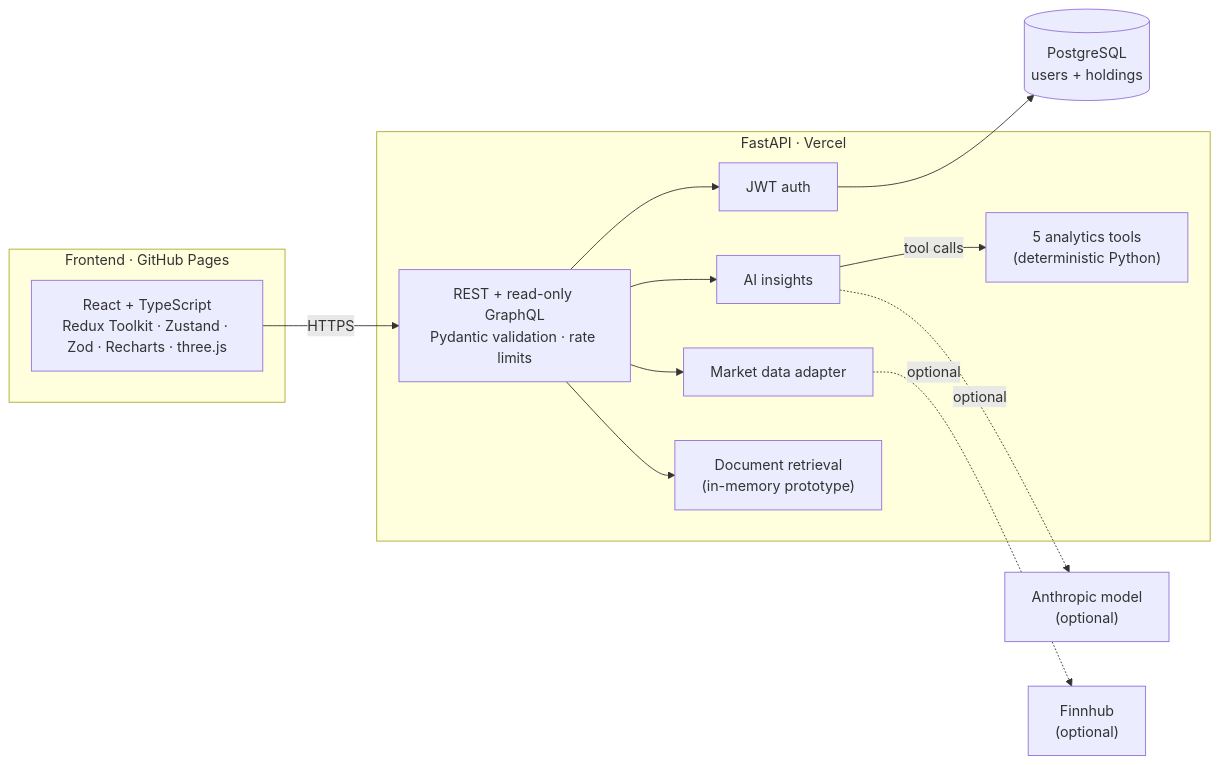
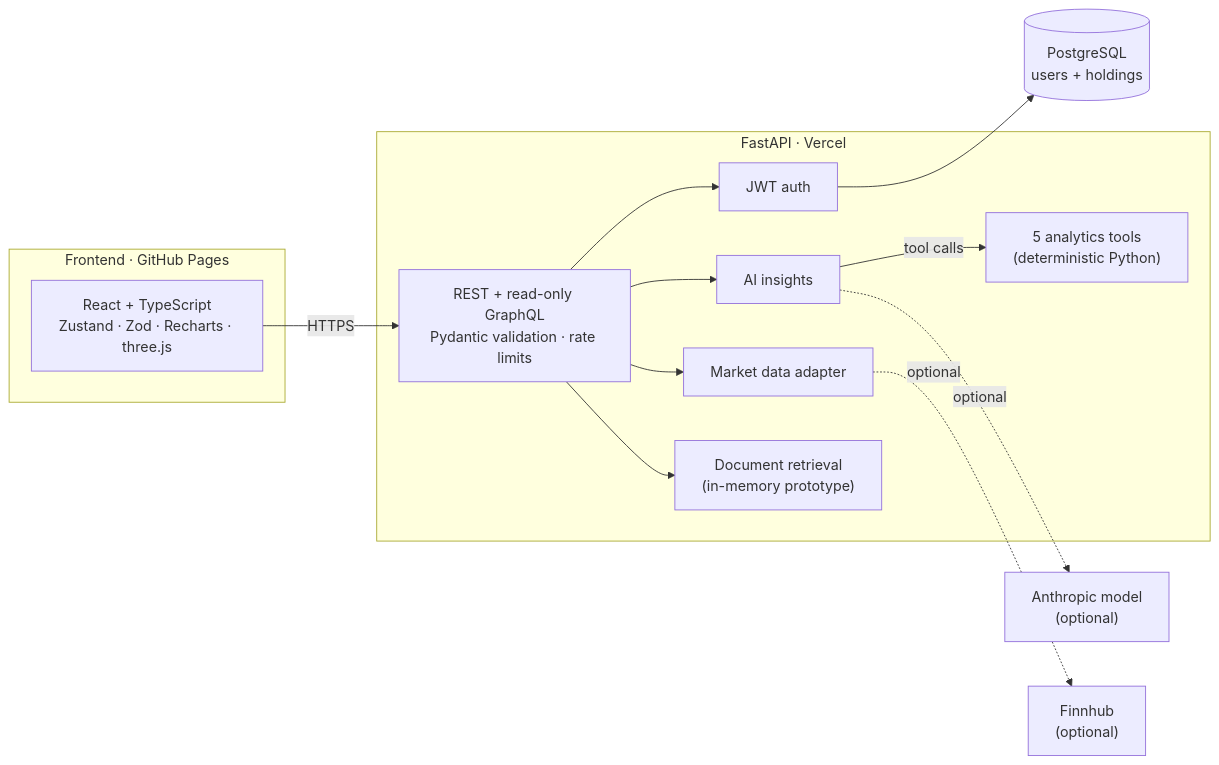
The diagram in README.md (FarnazNK/finvision), drawn with Mermaid before and after one commit. The commit also changed other lines of this file and 32 other files, not shown here.

First line of the commit message:
Replace Redux Toolkit with Zustand for all app state

````diff
--- a/README.md
+++ b/README.md
@@ -59,26 +59,26 @@
 ```mermaid
 flowchart LR
     subgraph FE["Frontend · GitHub Pages"]
-        UI["React + TypeScript<br/>Redux Toolkit · Zustand · Zod · Recharts · three.js"]
+        UI["React + TypeScript<br/>Zustand · Zod · Recharts · three.js"]
     end
 
     subgraph BE["FastAPI · Vercel"]
         API["REST + read-only GraphQL<br/>Pydantic validation · rate limits"]
         Auth["JWT auth"]
         Insights["AI insights"]
         Tools["5 analytics tools<br/>(deterministic Python)"]
         Market["Market data adapter"]
         Research["Document retrieval<br/>(in-memory prototype)"]
     end
 
     DB[("PostgreSQL<br/>users + holdings")]
     LLM["Anthropic model<br/>(optional)"]
     Finnhub["Finnhub<br/>(optional)"]
 
     UI -->|HTTPS| API
     API --> Auth --> DB
     API --> Insights -->|tool calls| Tools
     Insights -.->|optional| LLM
     API --> Market -.->|optional| Finnhub
     API --> Research
 ```
````
